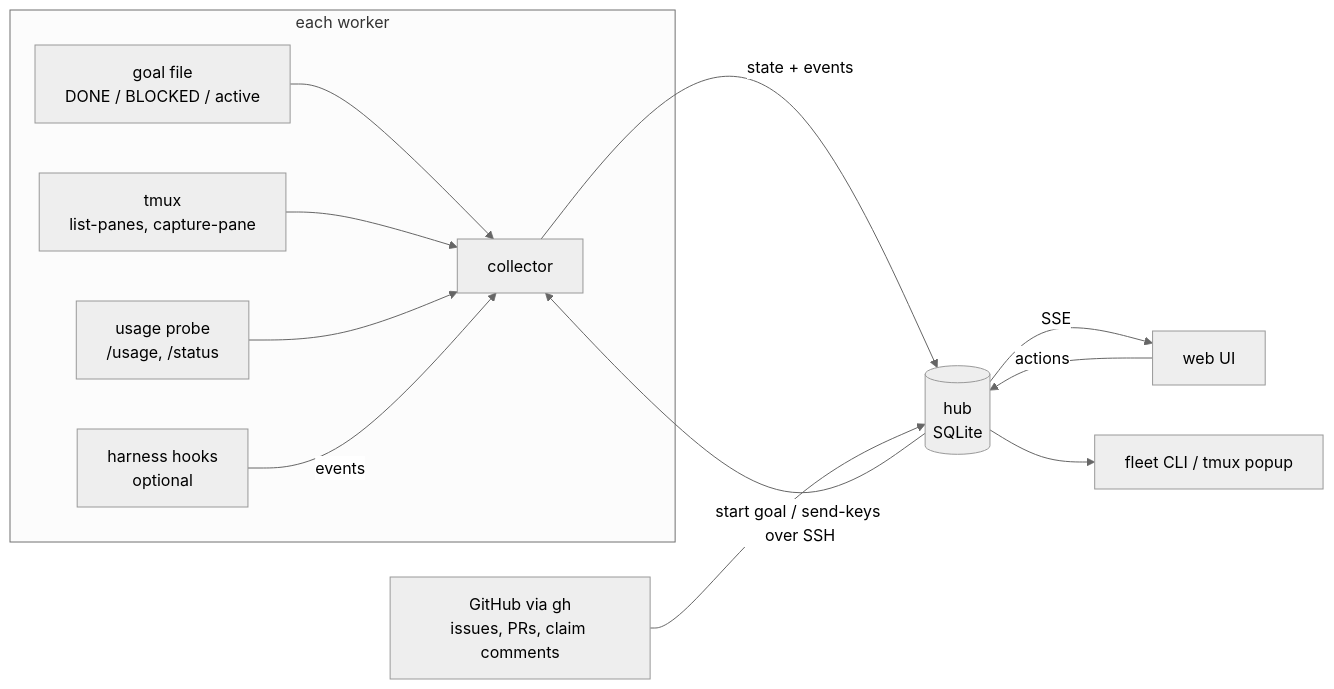
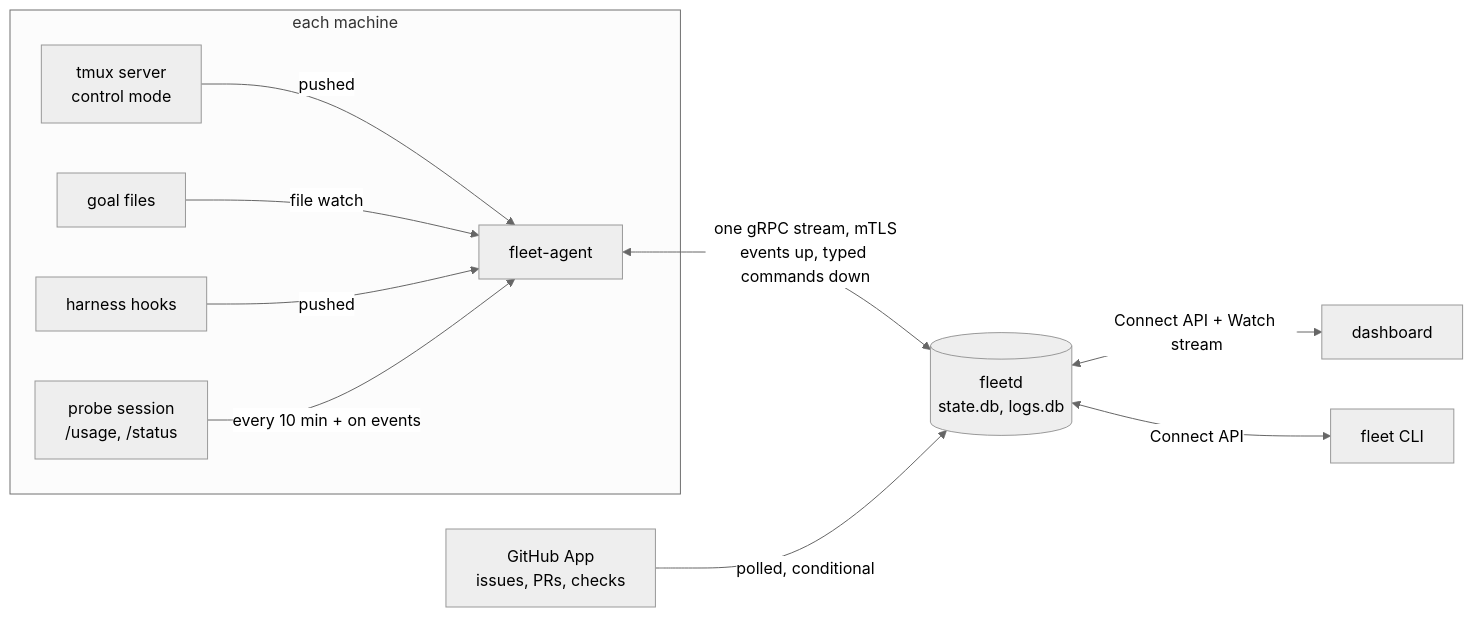
One commit to linuxdynasty/fleet-board changed the diagram in docs/design.md. Above: the diagram before and after it, drawn with Mermaid (neutral theme). The commit also changed other lines of this file and 74 other files, not shown here.

````diff
--- a/docs/design.md
+++ b/docs/design.md
@@ -51,15 +59,13 @@
 ```mermaid
 flowchart LR
-  subgraph each worker
-    G[goal file<br/>DONE / BLOCKED / active] --> C[collector]
-    T[tmux<br/>list-panes, capture-pane] --> C
-    P[usage probe<br/>/usage, /status] --> C
-    H[harness hooks<br/>optional] -->|events| C
+  subgraph each machine
+    T[tmux server<br/>control mode] -->|pushed| A[fleet-agent]
+    G[goal files] -->|file watch| A
+    H[harness hooks] -->|pushed| A
+    P[probe session<br/>/usage, /status] -->|every 10 min + on events| A
   end
-  C -->|state + events| HUB[(hub<br/>SQLite)]
-  GH[GitHub via gh<br/>issues, PRs, claim comments] --> HUB
-  HUB -->|SSE| UI[web UI]
-  HUB --> CLI[fleet CLI / tmux popup]
-  UI -->|actions| HUB
-  HUB -->|start goal / send-keys over SSH| C
+  A <-->|one gRPC stream, mTLS<br/>events up, typed commands down| HUB[(fleetd<br/>state.db, logs.db)]
+  GH[GitHub App<br/>issues, PRs, checks] -->|polled, conditional| HUB
+  HUB <-->|Connect API + Watch stream| UI[dashboard]
+  HUB <-->|Connect API| CLI[fleet CLI]
 ```
````
